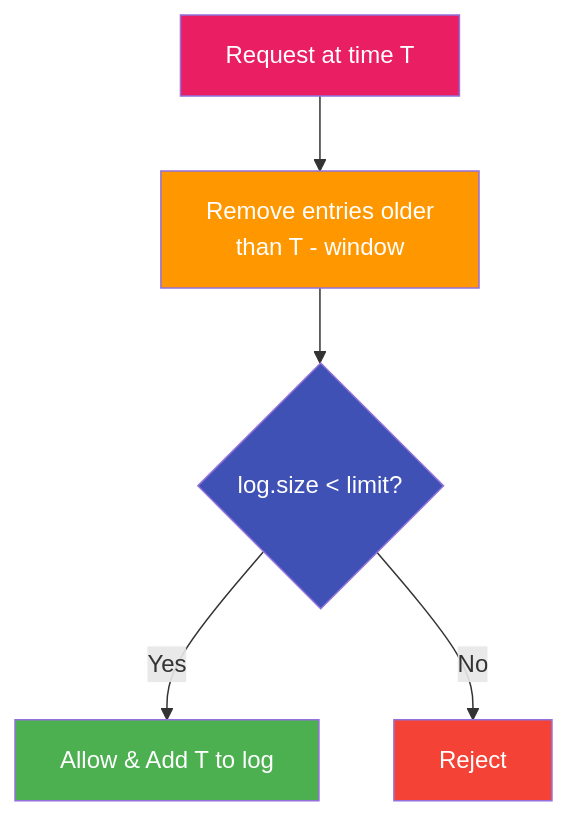
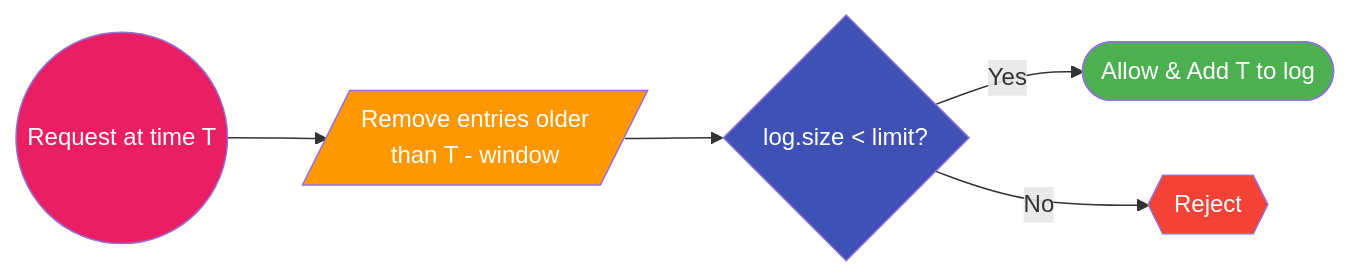
The fourth of 8 diagrams in docs/ratelimiting.md (saivamsikaruturi/vamsilabs-dev-notes-main), drawn with Mermaid before and after one commit. The commit also changed other lines of this file and 146 other files, not shown here.

Commit message:
Horizontal diagrams, UML class diagrams, typography overhaul, and permalink cleanup

````diff
--- a/docs/ratelimiting.md
+++ b/docs/ratelimiting.md
@@ -175,13 +175,13 @@
 ```mermaid
-graph TD
+flowchart LR
     style A fill:#E91E63,color:#fff
     style B fill:#3F51B5,color:#fff
     style C fill:#4CAF50,color:#fff
     style D fill:#f44336,color:#fff
     style E fill:#FF9800,color:#fff
 
-    A[Request at time T] --> E[Remove entries older<br/>than T - window]
-    E --> B{log.size < limit?}
-    B -->|Yes| C[Allow & Add T to log]
-    B -->|No| D[Reject]
+    A(("Request at time T")) --> E[/"Remove entries older<br/>than T - window"/]
+    E --> B{"log.size < limit?"}
+    B -->|Yes| C(["Allow & Add T to log"])
+    B -->|No| D{{"Reject"}}
 ```
````
